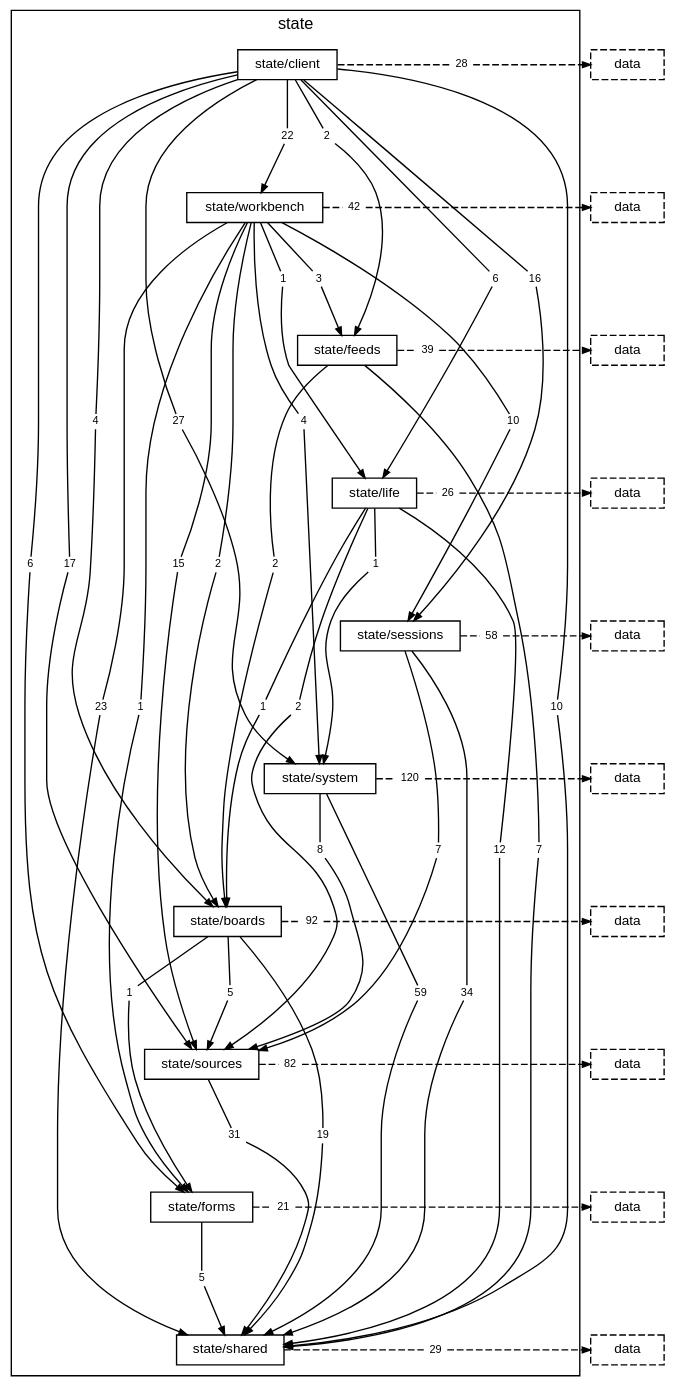
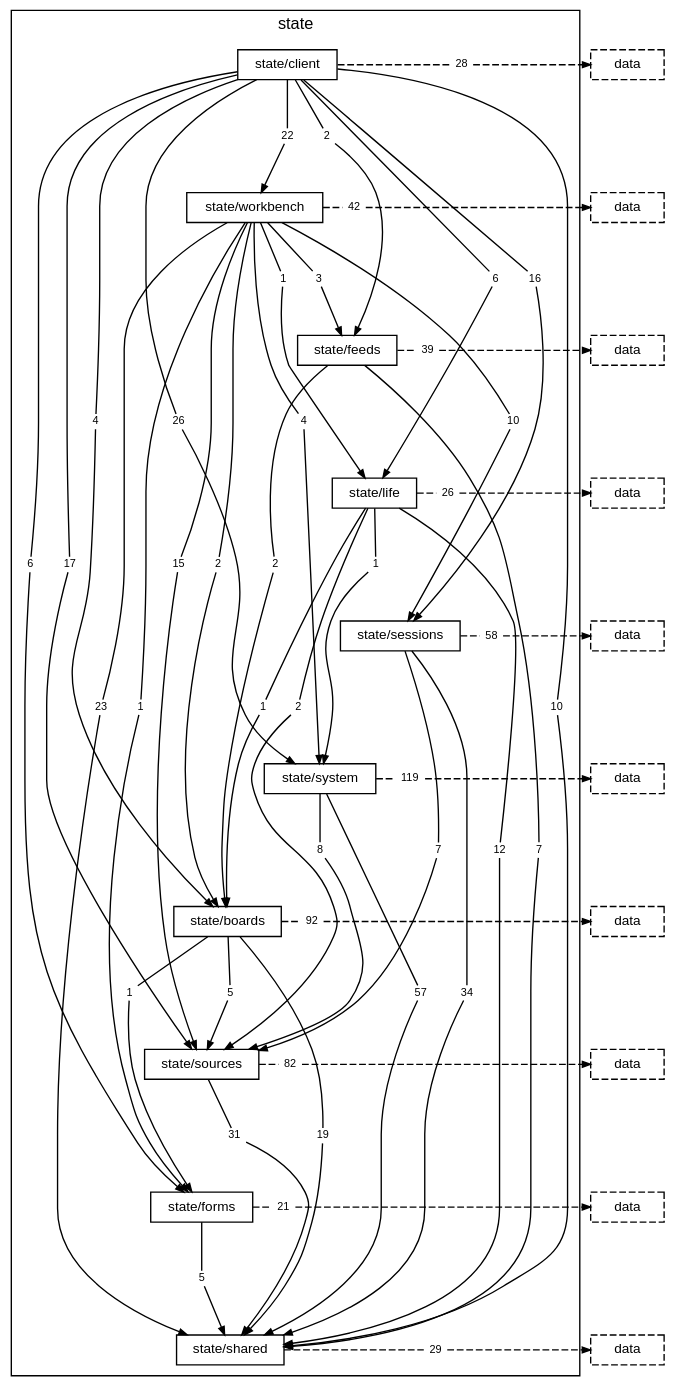
One commit to TheAxeC/oculus changed the diagram in docs/diagrams/layer-state.dot. Above: the diagram before and after it, drawn with Graphviz. The commit also changed 40 other files, not shown here.

```diff
--- a/docs/diagrams/layer-state.dot
+++ b/docs/diagrams/layer-state.dot
@@ -21,7 +21,7 @@
         "folder state/client to folder state/sessions" [label="16", shape=box, color="transparent", fontsize=8, width=0, height=0, margin="0.04,0.02"];
         "folder state/client to folder state/shared" [label="10", shape=box, color="transparent", fontsize=8, width=0, height=0, margin="0.04,0.02"];
         "folder state/client to folder state/sources" [label="17", shape=box, color="transparent", fontsize=8, width=0, height=0, margin="0.04,0.02"];
-        "folder state/client to folder state/system" [label="27", shape=box, color="transparent", fontsize=8, width=0, height=0, margin="0.04,0.02"];
+        "folder state/client to folder state/system" [label="26", shape=box, color="transparent", fontsize=8, width=0, height=0, margin="0.04,0.02"];
         "folder state/client to folder state/workbench" [label="22", shape=box, color="transparent", fontsize=8, width=0, height=0, margin="0.04,0.02"];
         "folder state/client to layer data" [label="28", shape=box, color="transparent", fontsize=8, width=0, height=0, margin="0.04,0.02"];
         "folder state/workbench to folder state/boards" [label="2", shape=box, color="transparent", fontsize=8, width=0, height=0, margin="0.04,0.02"];
@@ -44,9 +44,9 @@
         "folder state/sessions to folder state/shared" [label="34", shape=box, color="transparent", fontsize=8, width=0, height=0, margin="0.04,0.02"];
         "folder state/sessions to folder state/sources" [label="7", shape=box, color="transparent", fontsize=8, width=0, height=0, margin="0.04,0.02"];
         "folder state/sessions to layer data" [label="58", shape=box, color="transparent", fontsize=8, width=0, height=0, margin="0.04,0.02"];
-        "folder state/system to folder state/shared" [label="59", shape=box, color="transparent", fontsize=8, width=0, height=0, margin="0.04,0.02"];
+        "folder state/system to folder state/shared" [label="57", shape=box, color="transparent", fontsize=8, width=0, height=0, margin="0.04,0.02"];
         "folder state/system to folder state/sources" [label="8", shape=box, color="transparent", fontsize=8, width=0, height=0, margin="0.04,0.02"];
-        "folder state/system to layer data" [label="120", shape=box, color="transparent", fontsize=8, width=0, height=0, margin="0.04,0.02"];
+        "folder state/system to layer data" [label="119", shape=box, color="transparent", fontsize=8, width=0, height=0, margin="0.04,0.02"];
         "folder state/boards to folder state/forms" [label="1", shape=box, color="transparent", fontsize=8, width=0, height=0, margin="0.04,0.02"];
         "folder state/boards to folder state/shared" [label="19", shape=box, color="transparent", fontsize=8, width=0, height=0, margin="0.04,0.02"];
         "folder state/boards to folder state/sources" [label="5", shape=box, color="transparent", fontsize=8, width=0, height=0, margin="0.04,0.02"];
```
